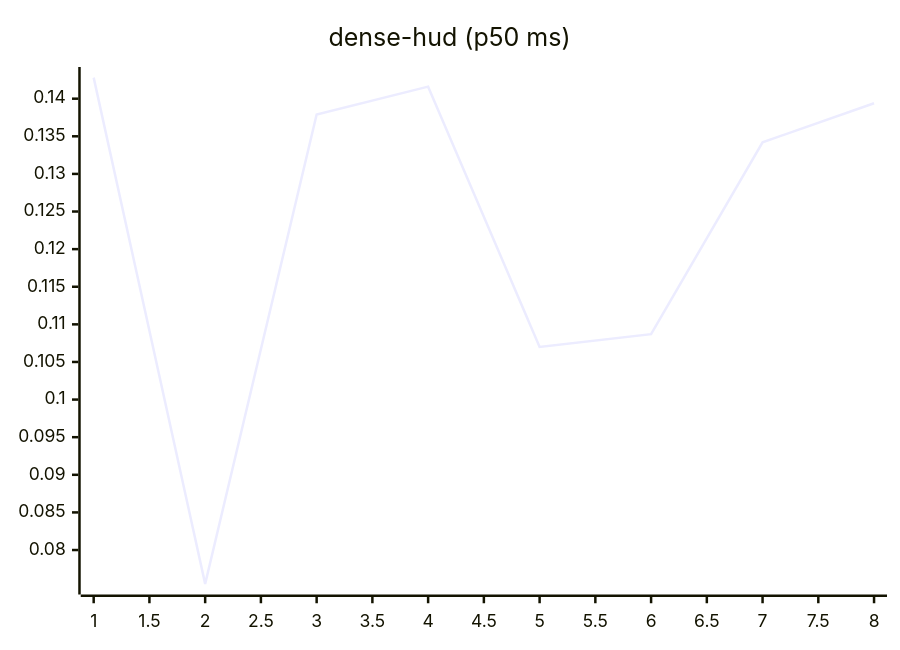
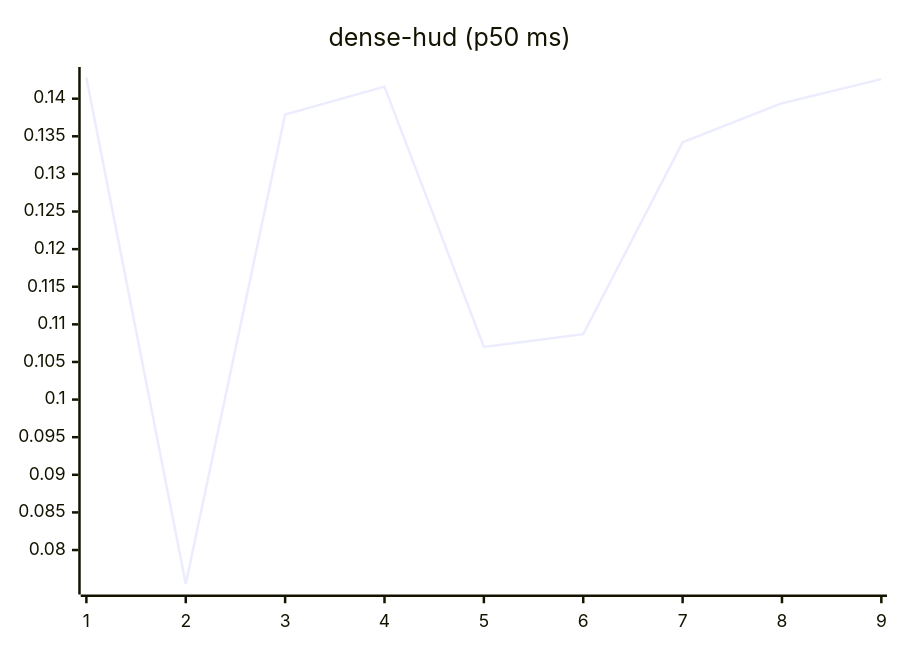
The eighth of 27 diagrams in README.md (josha/Facet), drawn with Mermaid before and after one commit. The commit also changed other lines of this file and 2 other files, not shown here.

````diff
--- a/README.md
+++ b/README.md
@@ -112,6 +112,6 @@
 ```mermaid
 xychart-beta
     title "dense-hud (p50 ms)"
-    x-axis 1 --> 8
-    line [0.1428, 0.0755, 0.1379, 0.1416, 0.1070, 0.1087, 0.1342, 0.1394]
+    x-axis 1 --> 9
+    line [0.1428, 0.0755, 0.1379, 0.1416, 0.1070, 0.1087, 0.1342, 0.1394, 0.1426]
 ```
````
